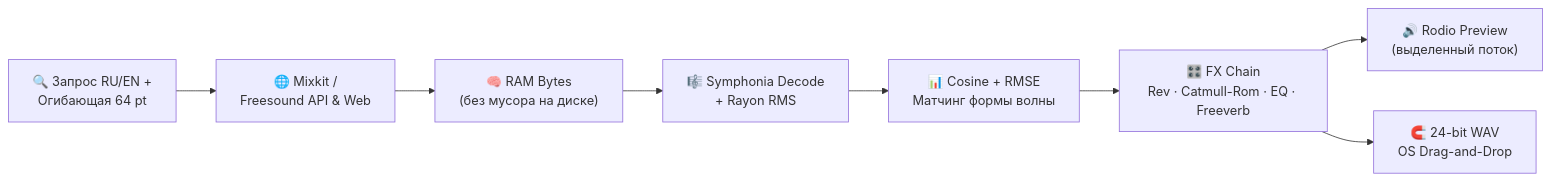
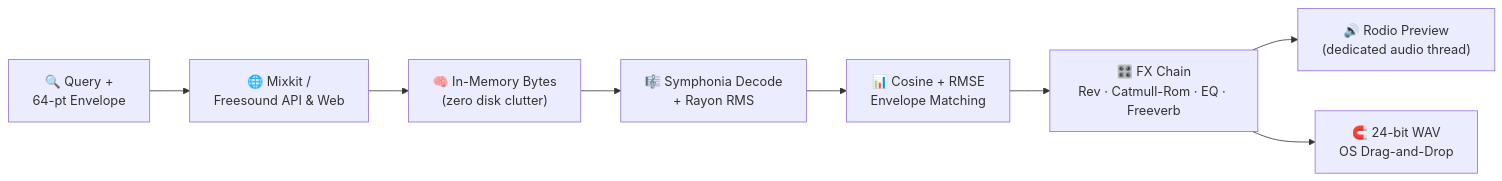
One commit to xantanax1/sfxdebabel changed the diagram in README.md. Above: the diagram before and after it, drawn with Mermaid. The commit also changed other lines of this file and 5 other files, not shown here.

````diff
--- a/README.md
+++ b/README.md
@@ -43,10 +44,10 @@
 ```mermaid
 flowchart LR
-    A["🔍 Запрос RU/EN +<br/>Огибающая 64 pt"] --> B["🌐 Mixkit /<br/>Freesound API & Web"]
-    B --> C["🧠 RAM Bytes<br/>(без мусора на диске)"]
+    A["🔍 Query +<br/>64-pt Envelope"] --> B["🌐 Mixkit /<br/>Freesound API & Web"]
+    B --> C["🧠 In-Memory Bytes<br/>(zero disk clutter)"]
     C --> D["🎼 Symphonia Decode<br/>+ Rayon RMS"]
-    D --> E["📊 Cosine + RMSE<br/>Матчинг формы волны"]
+    D --> E["📊 Cosine + RMSE<br/>Envelope Matching"]
     E --> F["🎛️ FX Chain<br/>Rev · Catmull-Rom · EQ · Freeverb"]
-    F --> G["🔊 Rodio Preview<br/>(выделенный поток)"]
+    F --> G["🔊 Rodio Preview<br/>(dedicated audio thread)"]
     F --> H["🧲 24-bit WAV<br/>OS Drag-and-Drop"]
 ```
````
